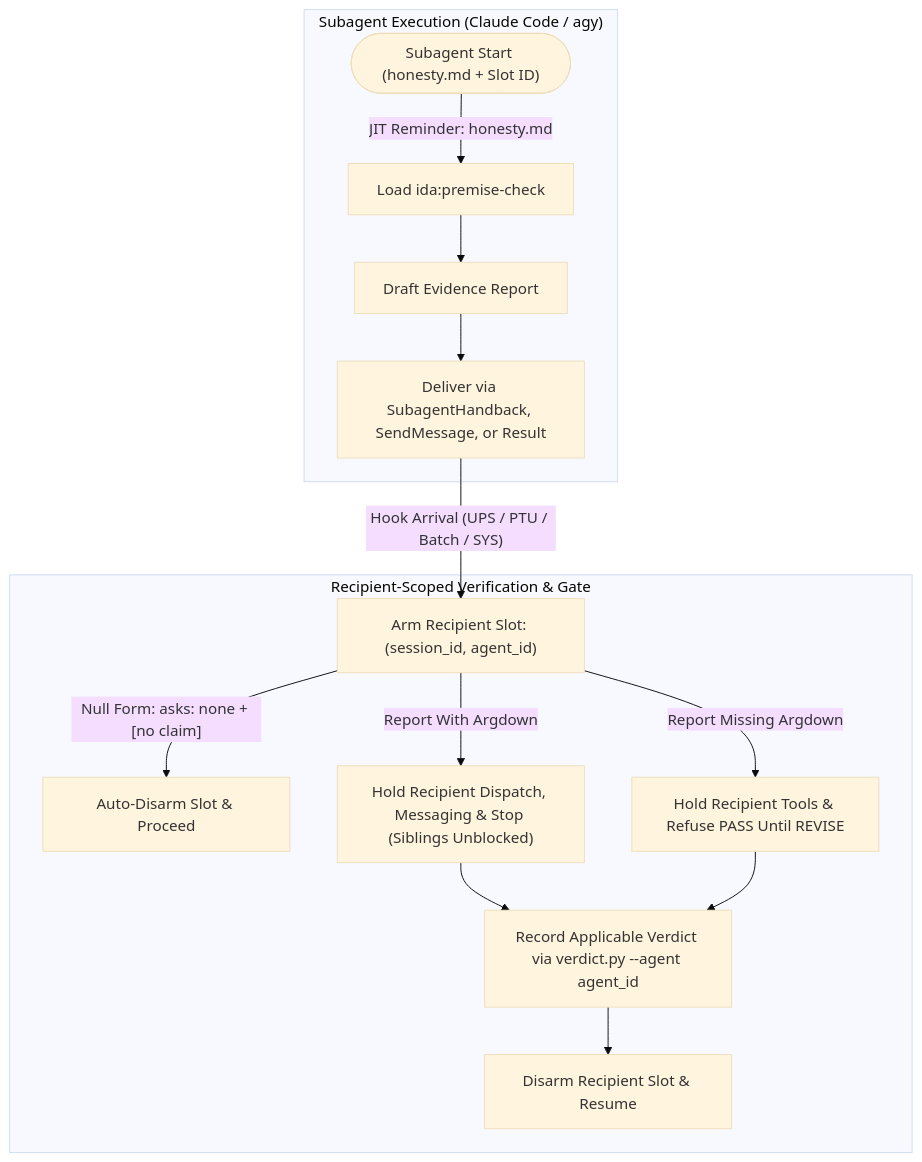
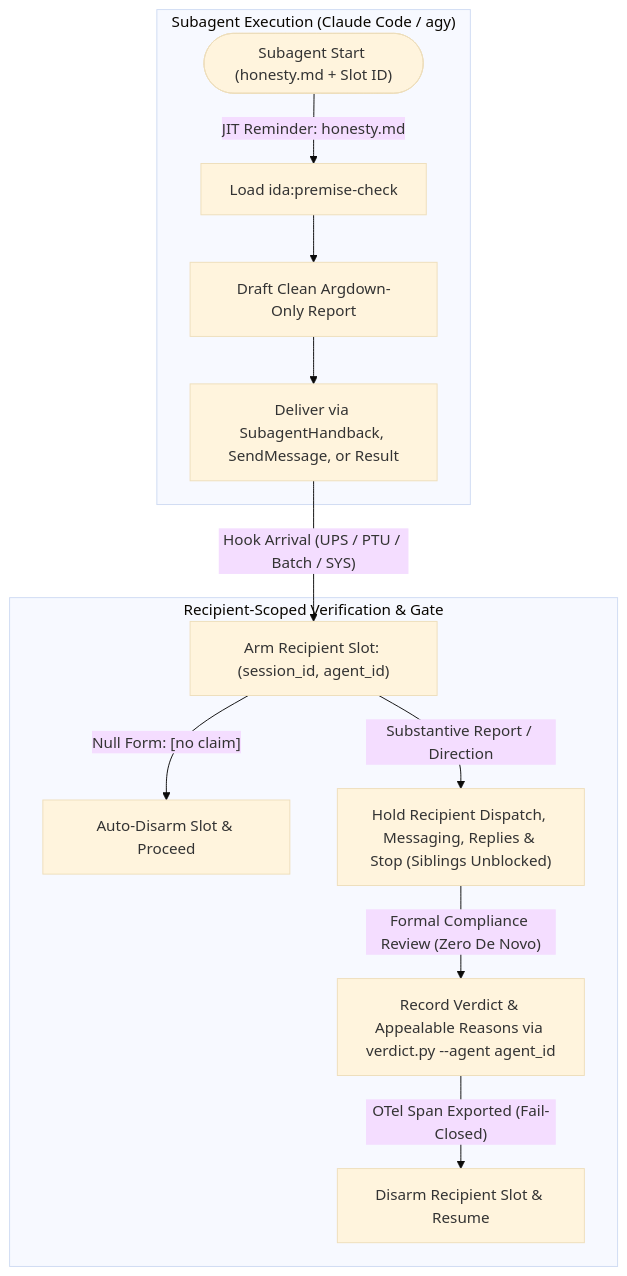
Before and after one commit to nicsuzor/academicOps: the diagram in specs/enforcement/evidence-contract-enforcement.md, drawn with Mermaid (base theme). The commit also changed other lines of this file and 17 other files, not shown here.

````diff
--- a/specs/enforcement/evidence-contract-enforcement.md
+++ b/specs/enforcement/evidence-contract-enforcement.md
@@ -15,17 +16,15 @@
 ```mermaid
 flowchart TD
     subgraph SubagentExecution ["Subagent Execution (Claude Code / agy)"]
         Start(["Subagent Start (honesty.md + Slot ID)"]) -->|"JIT Reminder: honesty.md"| Prompt["Load ida:premise-check"]
-        Prompt --> Draft["Draft Evidence Report"]
+        Prompt --> Draft["Draft Clean Argdown-Only Report"]
         Draft --> Handback["Deliver via SubagentHandback, SendMessage, or Result"]
     end
     subgraph CallerVerification ["Recipient-Scoped Verification & Gate"]
         Handback -->|"Hook Arrival (UPS / PTU / Batch / SYS)"| SlotArm["Arm Recipient Slot: (session_id, agent_id)"]
-        SlotArm -->|"Null Form: asks: none + [no claim]"| DisarmNull["Auto-Disarm Slot & Proceed"]
-        SlotArm -->|"Report With Argdown"| HoldSlot["Hold Recipient Dispatch, Messaging & Stop (Siblings Unblocked)"]
-        SlotArm -->|"Report Missing Argdown"| HoldMissing["Hold Recipient Tools & Refuse PASS Until REVISE"]
-        HoldSlot --> Verdict["Record Applicable Verdict via verdict.py --agent agent_id"]
-        HoldMissing --> Verdict
-        Verdict --> Disarm["Disarm Recipient Slot & Resume"]
+        SlotArm -->|"Null Form: [no claim]"| DisarmNull["Auto-Disarm Slot & Proceed"]
+        SlotArm -->|"Substantive Report / Direction"| HoldSlot["Hold Recipient Dispatch, Messaging, Replies & Stop (Siblings Unblocked)"]
+        HoldSlot -->|"Formal Compliance Review (Zero De Novo)"| Verdict["Record Verdict & Appealable Reasons via verdict.py --agent agent_id"]
+        Verdict -->|"OTel Span Exported (Fail-Closed)"| Disarm["Disarm Recipient Slot & Resume"]
     end
 ```
````
